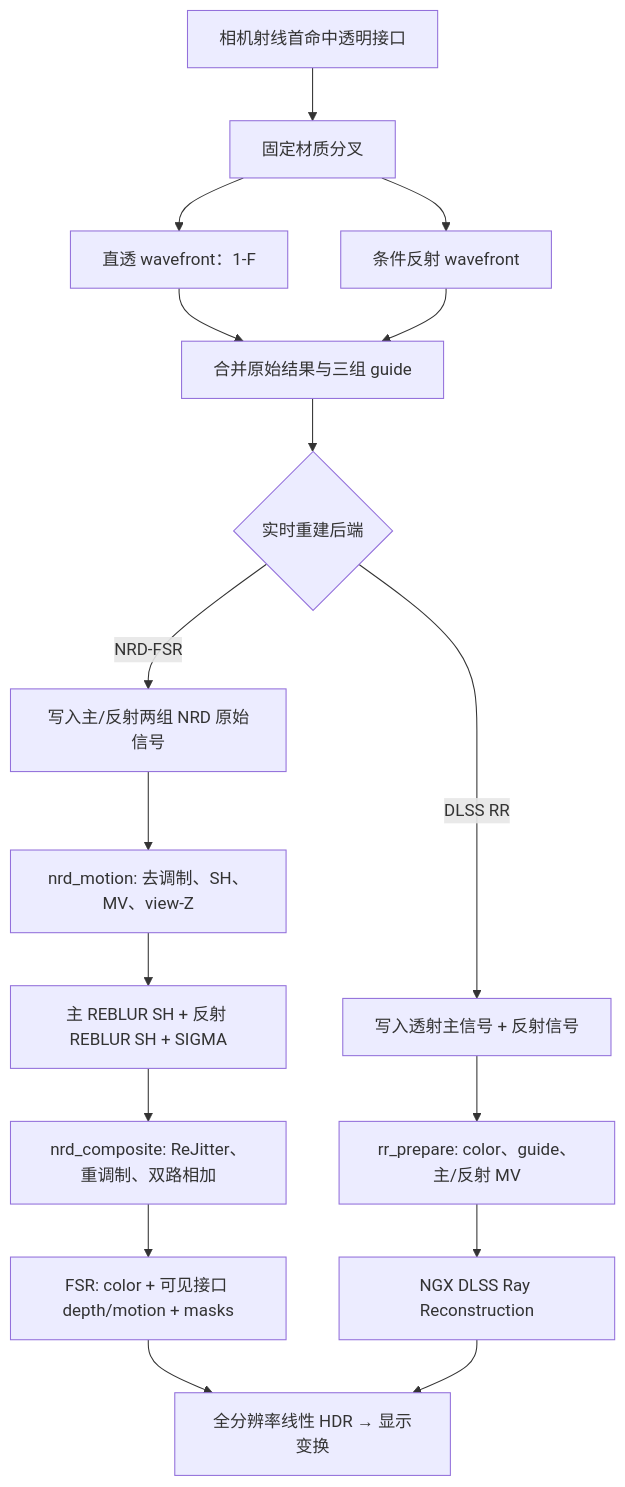
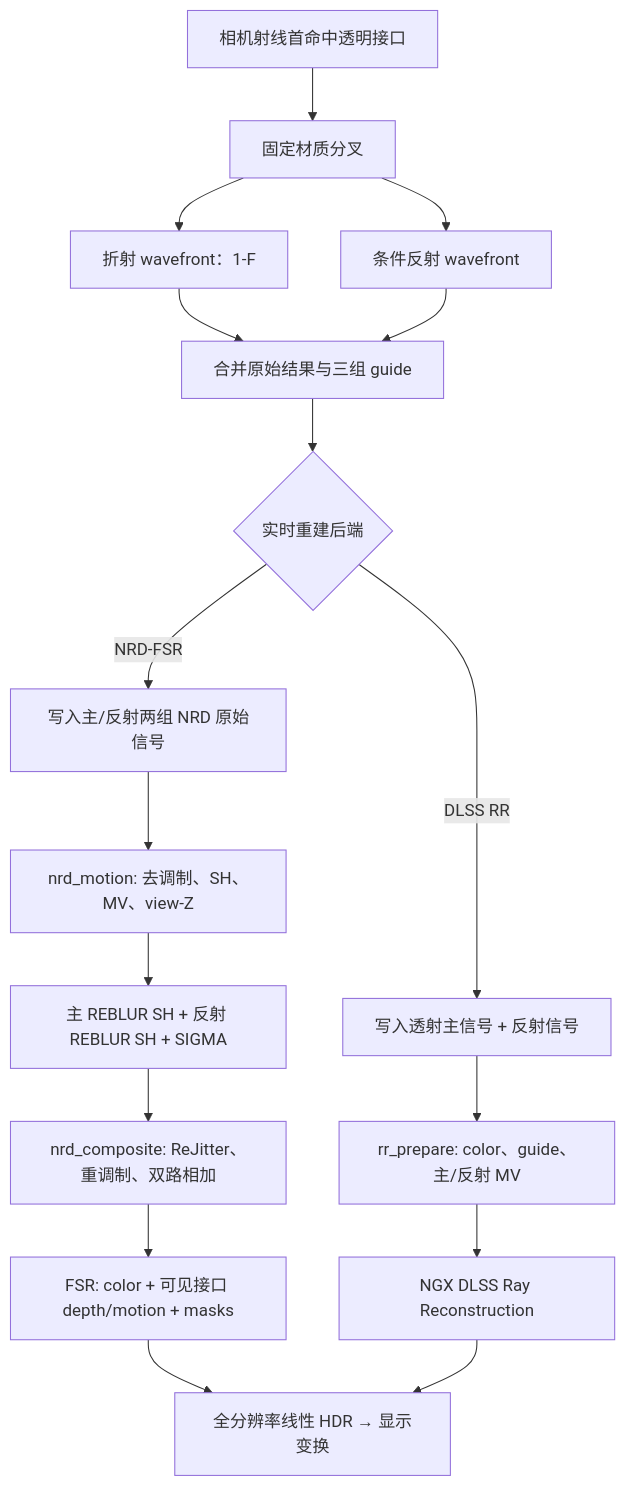
The diagram in docs/透明渲染与实时重建.md (187J3X1-114514/prime), drawn with Mermaid before and after one commit. The commit also changed other lines of this file and 9 other files, not shown here.

````diff
--- a/docs/透明渲染与实时重建.md
+++ b/docs/透明渲染与实时重建.md
@@ -30,21 +30,21 @@
 ```mermaid
 flowchart TD
     A["相机射线首命中透明接口"] --> B["固定材质分叉"]
-    B --> T["直透 wavefront：1-F"]
+    B --> T["折射 wavefront：1-F"]
     B --> R["条件反射 wavefront"]
     T --> M["合并原始结果与三组 guide"]
     R --> M
     M --> S{"实时重建后端"}
 
     S -->|NRD-FSR| N0["写入主/反射两组 NRD 原始信号"]
     N0 --> N1["nrd_motion: 去调制、SH、MV、view-Z"]
     N1 --> N2["主 REBLUR SH + 反射 REBLUR SH + SIGMA"]
     N2 --> N3["nrd_composite: ReJitter、重调制、双路相加"]
     N3 --> F["FSR: color + 可见接口 depth/motion + masks"]
     F --> D["全分辨率线性 HDR → 显示变换"]
 
     S -->|DLSS RR| Q0["写入透射主信号 + 反射信号"]
     Q0 --> Q1["rr_prepare: color、guide、主/反射 MV"]
     Q1 --> Q2["NGX DLSS Ray Reconstruction"]
     Q2 --> D
 ```
````
